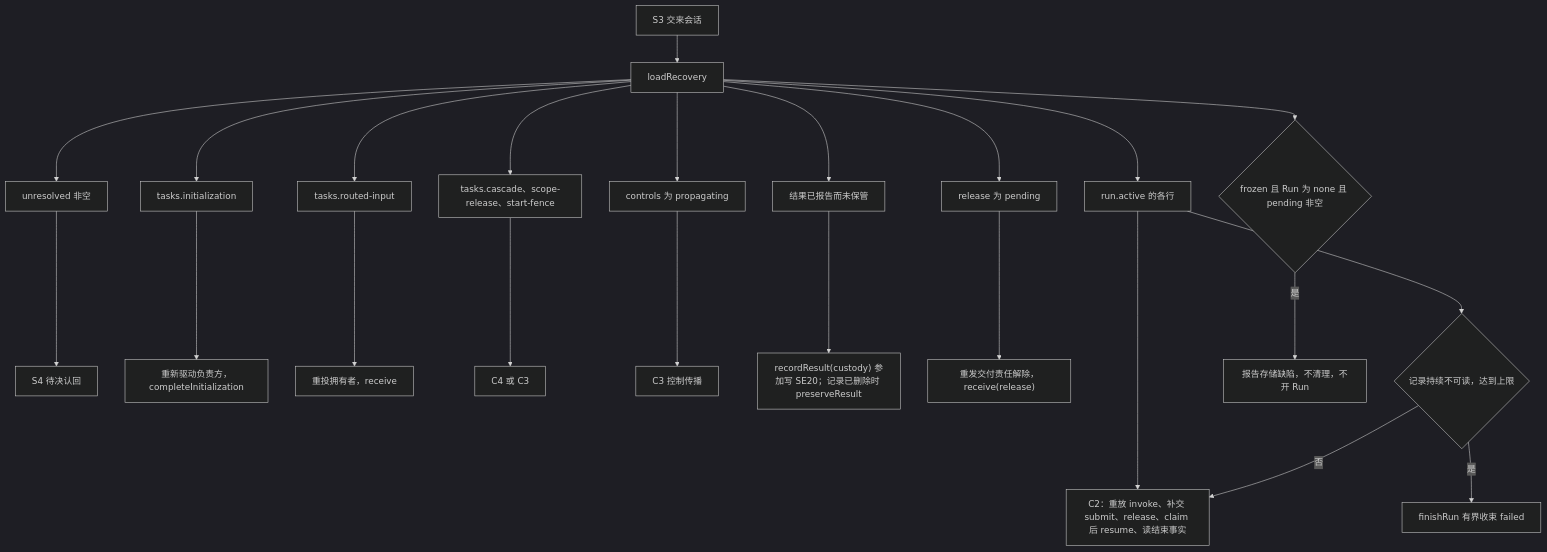
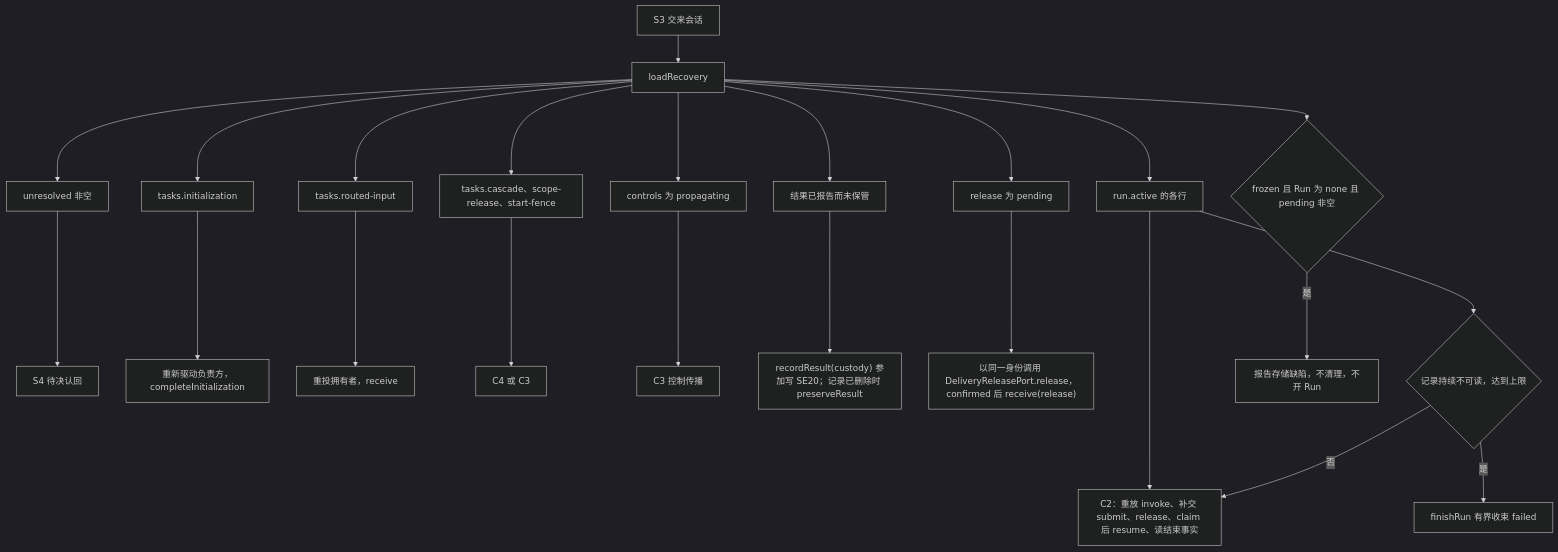
Before and after one commit to nemori-ai/omne-harness-lite: the ninth of 17 diagrams in packages/session/session/docs/flows.md, drawn with Mermaid (dark theme). The commit also changed other lines of this file and 3 other files, not shown here.

````diff
--- a/packages/session/session/docs/flows.md
+++ b/packages/session/session/docs/flows.md
@@ -240,17 +243,17 @@
 ```mermaid
 flowchart TD
     S3[S3 交来会话] --> L[loadRecovery]
     L --> U[unresolved 非空] --> S4[S4 待决认回]
     L --> I[tasks.initialization] --> Init[重新驱动负责方，completeInitialization]
     L --> RI[tasks.routed-input] --> Re[重投拥有者，receive]
     L --> TK[tasks.cascade、scope-release、start-fence] --> C4C3[C4 或 C3]
     L --> Ctl[controls 为 propagating] --> C3[C3 控制传播]
     L --> Run[run.active 的各行] --> C2[C2：重放 invoke、补交 submit、release、claim 后 resume、读结束事实]
     L --> Cons[结果已报告而未保管] --> Cust["recordResult(custody) 参加写 SE20；记录已删除时 preserveResult"]
-    L --> Rel[release 为 pending] --> Ack["重发交付责任解除，receive(release)"]
+    L --> Rel[release 为 pending] --> Ack["以同一身份调用 DeliveryReleasePort.release，confirmed 后 receive(release)"]
     Run --> B{记录持续不可读，达到上限}
     B -->|是| FR[finishRun 有界收束 failed]
     B -->|否| C2
     L --> Fz{frozen 且 Run 为 none 且 pending 非空}
     Fz -->|是| Def[报告存储缺陷，不清理，不开 Run]
 ```
````
